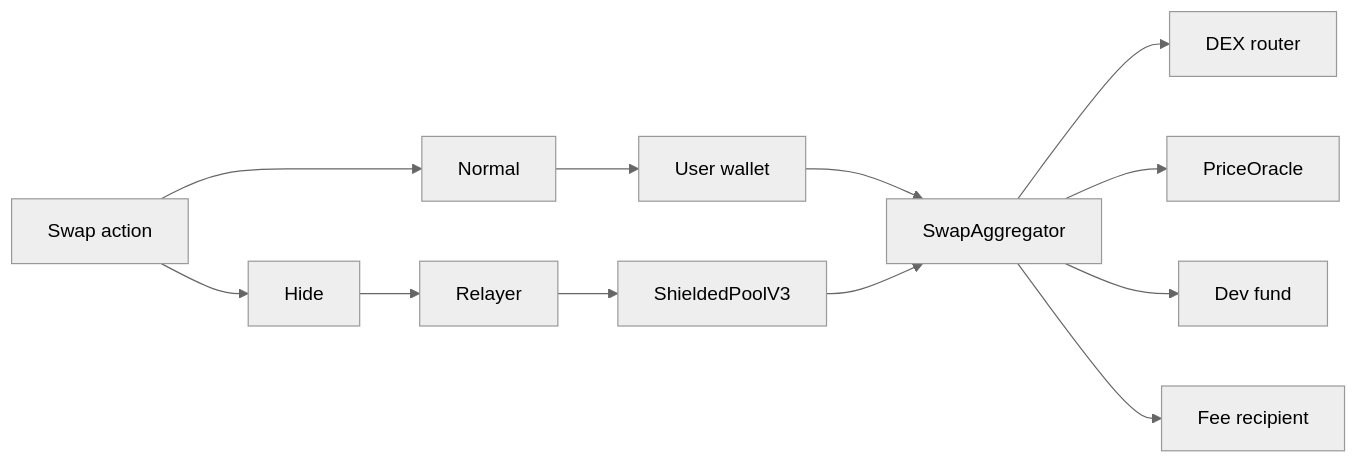
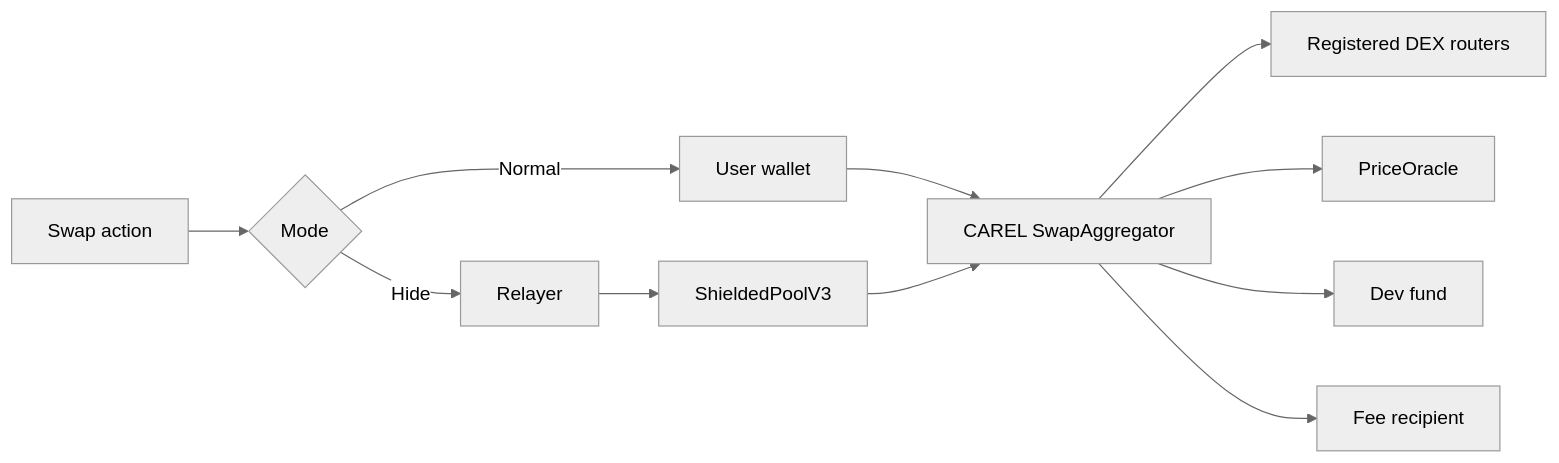
Before and after one commit to ntfound-dev/zkcarel_protocol: the second of 4 diagrams in smartcontract/README.md, drawn with Mermaid (neutral theme). The commit also changed other lines of this file and 1 other file, not shown here.

Commit message:
docs: clarify flow diagram contract naming

````diff
--- a/smartcontract/README.md
+++ b/smartcontract/README.md
@@ -130,14 +133,13 @@
 ```mermaid
 flowchart LR
-  A[Swap action] --> N[Normal]
-  N --> U[User wallet]
-  U --> SWAP[SwapAggregator]
-  A --> H[Hide]
-  H --> R[Relayer]
+  A[Swap action] --> B{Mode}
+  B -->|Normal| U[User wallet]
+  U --> SWAP[CAREL SwapAggregator]
+  B -->|Hide| R[Relayer]
   R --> EXEC[ShieldedPoolV3]
   EXEC --> SWAP
-  SWAP --> DEX[DEX router]
+  SWAP --> DEX[Registered DEX routers]
   SWAP --> ORACLE[PriceOracle]
   SWAP --> DEV[Dev fund]
   SWAP --> FEE[Fee recipient]
 ```
````
